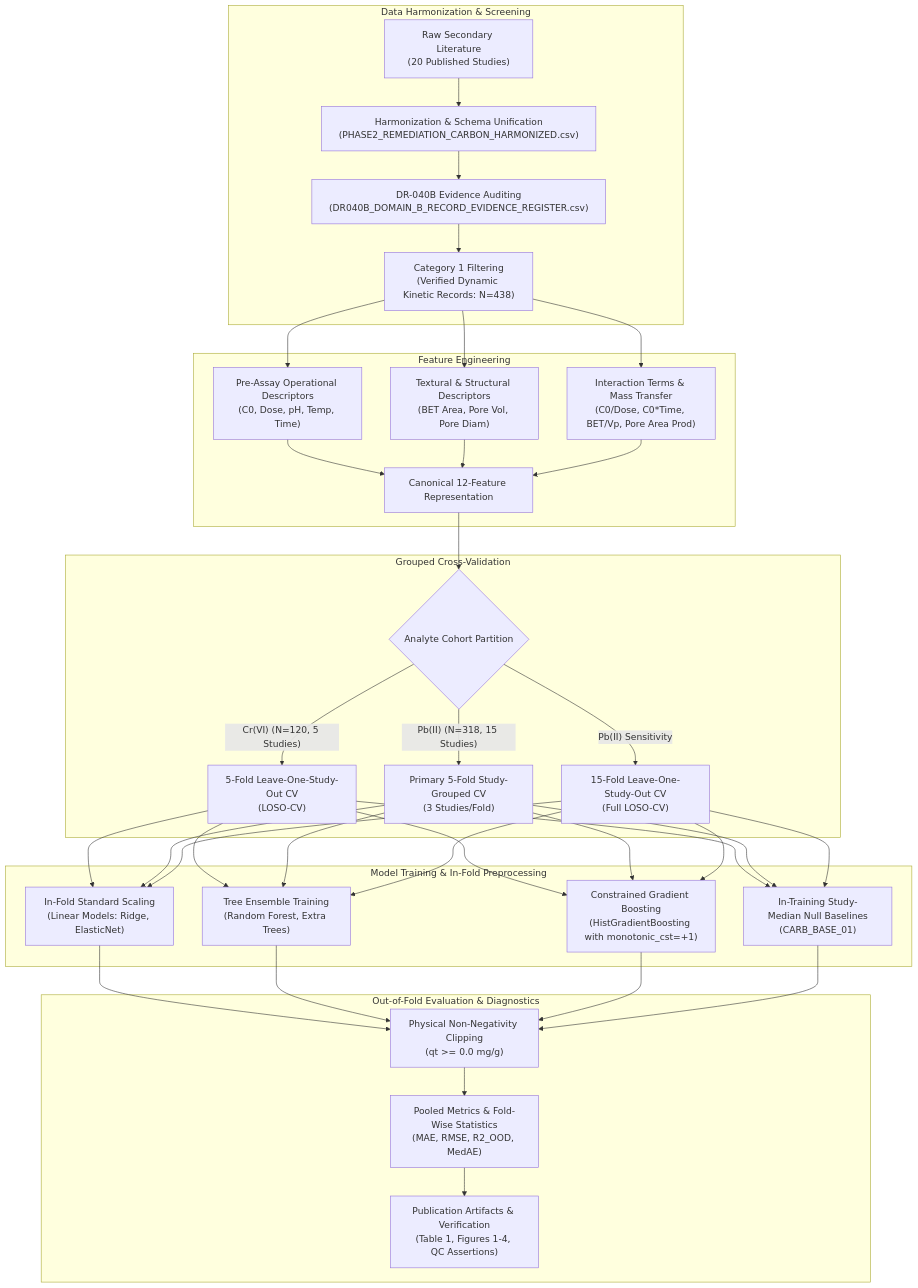
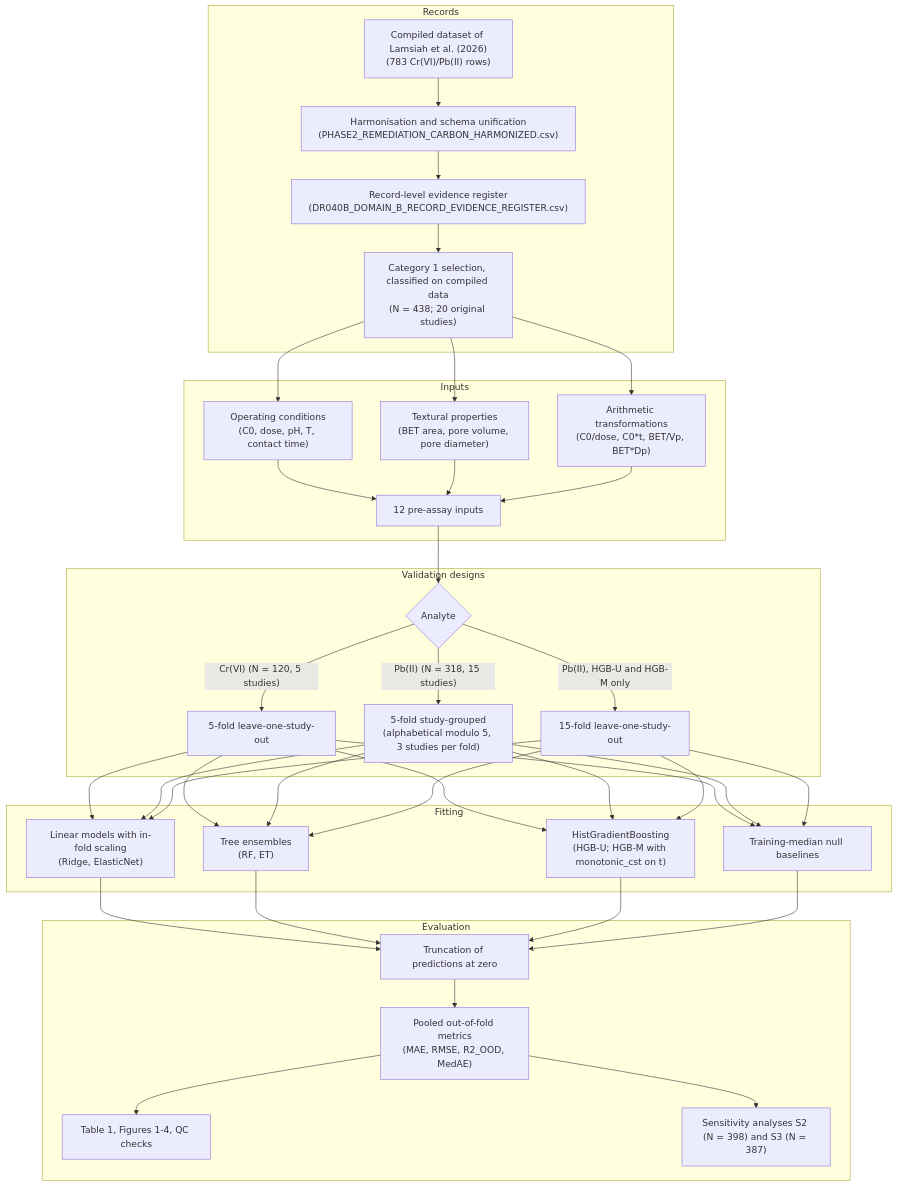
The diagram in docs/research_workflow.md (karthice1/domain_b_adsorption_ml), drawn with Mermaid before and after one commit. The commit also changed other lines of this file and 26 other files, not shown here.

````diff
--- a/docs/research_workflow.md
+++ b/docs/research_workflow.md
@@ -9,35 +9,36 @@
 ```mermaid
 flowchart TD
-    subgraph Data Harmonization & Screening
-        A1["Raw Secondary Literature<br/>(20 Published Studies)"] --> A2["Harmonization & Schema Unification<br/>(PHASE2_REMEDIATION_CARBON_HARMONIZED.csv)"]
-        A2 --> A3["DR-040B Evidence Auditing<br/>(DR040B_DOMAIN_B_RECORD_EVIDENCE_REGISTER.csv)"]
-        A3 --> A4["Category 1 Filtering<br/>(Verified Dynamic Kinetic Records: N=438)"]
+    subgraph Records
+        A1["Compiled dataset of Lamsiah et al. (2026)<br/>(783 Cr(VI)/Pb(II) rows)"] --> A2["Harmonisation and schema unification<br/>(PHASE2_REMEDIATION_CARBON_HARMONIZED.csv)"]
+        A2 --> A3["Record-level evidence register<br/>(DR040B_DOMAIN_B_RECORD_EVIDENCE_REGISTER.csv)"]
+        A3 --> A4["Category 1 selection, classified on compiled data<br/>(N = 438; 20 original studies)"]
     end
 
-    subgraph Feature Engineering
-        A4 --> B1["Pre-Assay Operational Descriptors<br/>(C0, Dose, pH, Temp, Time)"]
-        A4 --> B2["Textural & Structural Descriptors<br/>(BET Area, Pore Vol, Pore Diam)"]
-        A4 --> B3["Interaction Terms & Mass Transfer<br/>(C0/Dose, C0*Time, BET/Vp, Pore Area Prod)"]
-        B1 & B2 & B3 --> B4["Canonical 12-Feature Representation"]
+    subgraph Inputs
+        A4 --> B1["Operating conditions<br/>(C0, dose, pH, T, contact time)"]
+        A4 --> B2["Textural properties<br/>(BET area, pore volume, pore diameter)"]
+        A4 --> B3["Arithmetic transformations<br/>(C0/dose, C0*t, BET/Vp, BET*Dp)"]
+        B1 & B2 & B3 --> B4["12 pre-assay inputs"]
     end
 
-    subgraph Grouped Cross-Validation
-        B4 --> C1{"Analyte Cohort Partition"}
-        C1 -->|"Cr(VI) (N=120, 5 Studies)"| C2["5-Fold Leave-One-Study-Out CV<br/>(LOSO-CV)"]
-        C1 -->|"Pb(II) (N=318, 15 Studies)"| C3["Primary 5-Fold Study-Grouped CV<br/>(3 Studies/Fold)"]
-        C1 -->|"Pb(II) Sensitivity"| C4["15-Fold Leave-One-Study-Out CV<br/>(Full LOSO-CV)"]
+    subgraph Validation designs
+        B4 --> C1{"Analyte"}
+        C1 -->|"Cr(VI) (N = 120, 5 studies)"| C2["5-fold leave-one-study-out"]
+        C1 -->|"Pb(II) (N = 318, 15 studies)"| C3["5-fold study-grouped<br/>(alphabetical modulo 5, 3 studies per fold)"]
+        C1 -->|"Pb(II), HGB-U and HGB-M only"| C4["15-fold leave-one-study-out"]
     end
 
-    subgraph Model Training & In-Fold Preprocessing
-        C2 & C3 & C4 --> D1["In-Fold Standard Scaling<br/>(Linear Models: Ridge, ElasticNet)"]
-        C2 & C3 & C4 --> D2["Tree Ensemble Training<br/>(Random Forest, Extra Trees)"]
-        C2 & C3 & C4 --> D3["Constrained Gradient Boosting<br/>(HistGradientBoosting with monotonic_cst=+1)"]
-        C2 & C3 & C4 --> D4["In-Training Study-Median Null Baselines<br/>(CARB_BASE_01)"]
+    subgraph Fitting
+        C2 & C3 & C4 --> D1["Linear models with in-fold scaling<br/>(Ridge, ElasticNet)"]
+        C2 & C3 & C4 --> D2["Tree ensembles<br/>(RF, ET)"]
+        C2 & C3 & C4 --> D3["HistGradientBoosting<br/>(HGB-U; HGB-M with monotonic_cst on t)"]
+        C2 & C3 & C4 --> D4["Training-median null baselines"]
     end
 
-    subgraph Out-of-Fold Evaluation & Diagnostics
-        D1 & D2 & D3 & D4 --> E1["Physical Non-Negativity Clipping<br/>(qt >= 0.0 mg/g)"]
-        E1 --> E2["Pooled Metrics & Fold-Wise Statistics<br/>(MAE, RMSE, R2_OOD, MedAE)"]
-        E2 --> E3["Publication Artifacts & Verification<br/>(Table 1, Figures 1-4, QC Assertions)"]
+    subgraph Evaluation
+        D1 & D2 & D3 & D4 --> E1["Truncation of predictions at zero"]
+        E1 --> E2["Pooled out-of-fold metrics<br/>(MAE, RMSE, R2_OOD, MedAE)"]
+        E2 --> E3["Table 1, Figures 1-4, QC checks"]
+        E2 --> E4["Sensitivity analyses S2 (N = 398) and S3 (N = 387)"]
     end
 ```
````
